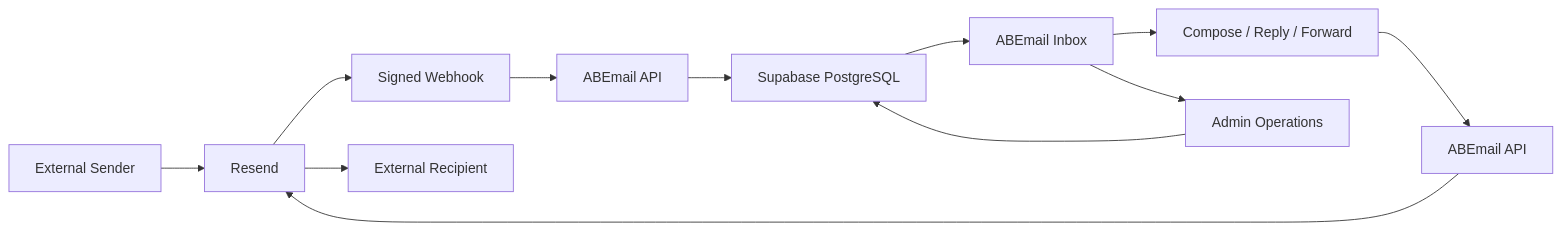
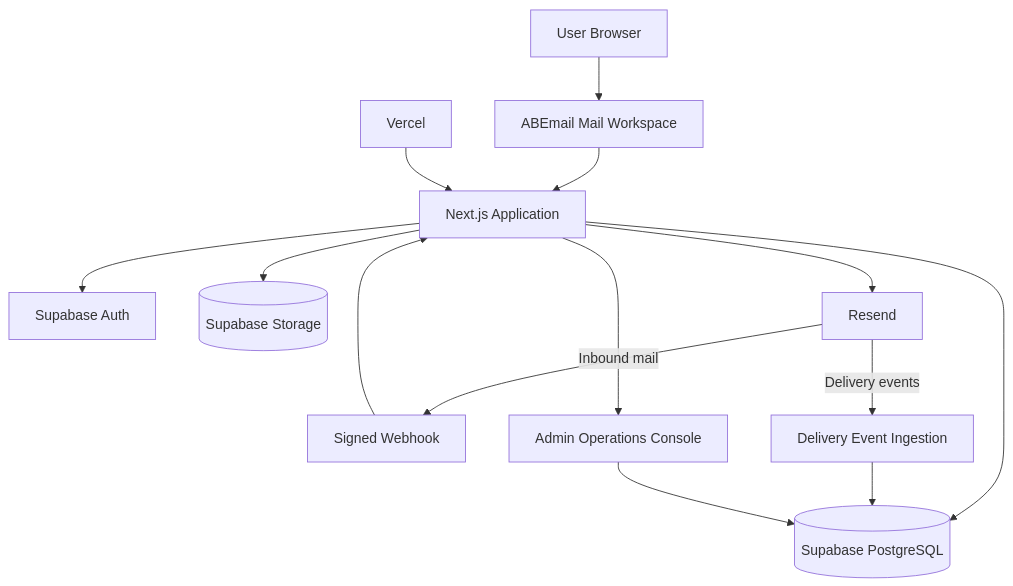
One commit to gODtECH-Ctl-Create/ABEmail-Mail changed the diagram in README.md. Above: the diagram before and after it, drawn with Mermaid. The commit also changed other lines of this file, not shown here.

Commit message:
docs: redesign ABEmail README with product, architecture, deployment, and brand guidance

````diff
--- a/README.md
+++ b/README.md
@@ -101,16 +165,21 @@
 ```mermaid
-graph LR
-    A[External Sender] --> B[Resend]
-    B --> C[Signed Webhook]
-    C --> D[ABEmail API]
-    D --> E[Supabase PostgreSQL]
-    E --> F[ABEmail Inbox]
+graph TD
+    U[User Browser] --> A[ABEmail Mail Workspace]
+    A --> N[Next.js Application]
 
-    F --> G[Compose / Reply / Forward]
-    G --> H[ABEmail API]
-    H --> B
-    B --> I[External Recipient]
+    N --> S[Supabase Auth]
+    N --> DB[(Supabase PostgreSQL)]
+    N --> ST[(Supabase Storage)]
+    N --> R[Resend]
 
-    F --> J[Admin Operations]
-    J --> E
+    R -->|Inbound mail| W[Signed Webhook]
+    W --> N
+
+    R -->|Delivery events| D[Delivery Event Ingestion]
+    D --> DB
+
+    N --> O[Admin Operations Console]
+    O --> DB
+
+    V[Vercel] --> N
 ```
````
